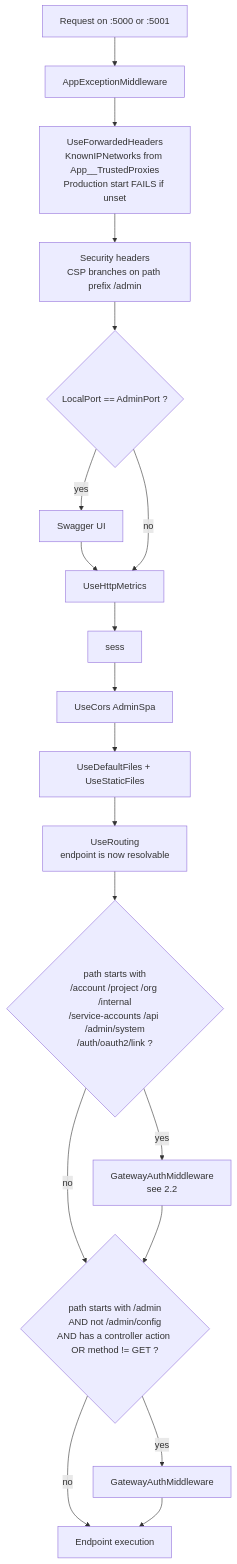
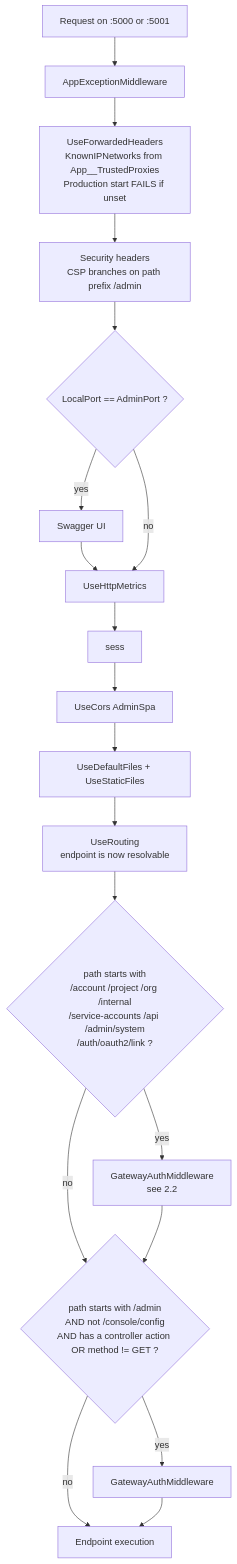
One commit to GuillaumeCariou/RediensIAM changed the fourth of 25 diagrams in docs/DIAGRAMS.md. Above: the diagram before and after it, drawn with Mermaid. The commit also changed other lines of this file and 55 other files, not shown here.

````diff
--- a/docs/DIAGRAMS.md
+++ b/docs/DIAGRAMS.md
@@ -207,29 +199,29 @@
 ```mermaid
 flowchart TD
     req["Request on :5000 or :5001"]
     exc["AppExceptionMiddleware"]
     fwd["UseForwardedHeaders<br/>KnownIPNetworks from App__TrustedProxies<br/>Production start FAILS if unset"]
     hdr["Security headers<br/>CSP branches on path prefix /admin"]
     swag{"LocalPort == AdminPort ?"}
     swagui["Swagger UI"]
     met["UseHttpMetrics"]
     cors["UseCors AdminSpa"]
     stat["UseDefaultFiles + UseStaticFiles"]
     route["UseRouting<br/>endpoint is now resolvable"]
 
     g1{"path starts with<br/>/account /project /org /internal<br/>/service-accounts /api /admin/system<br/>/auth/oauth2/link ?"}
-    g2{"path starts with /admin<br/>AND not /admin/config<br/>AND has a controller action OR method != GET ?"}
+    g2{"path starts with /admin<br/>AND not /console/config<br/>AND has a controller action OR method != GET ?"}
     gw["GatewayAuthMiddleware<br/>see 2.2"]
     ep["Endpoint execution"]
 
     req --> exc --> fwd --> hdr --> swag
     swag -->|"yes"| swagui --> met
     swag -->|"no"| met
     met --> sess --> cors --> stat --> route --> g1
     g1 -->|"yes"| gw
     g1 -->|"no"| g2
     gw --> g2
     g2 -->|"yes"| gw2["GatewayAuthMiddleware"]
     g2 -->|"no"| ep
     gw2 --> ep
 ```
````
